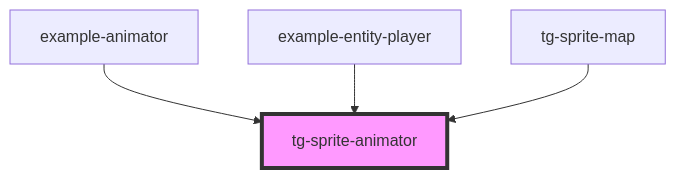
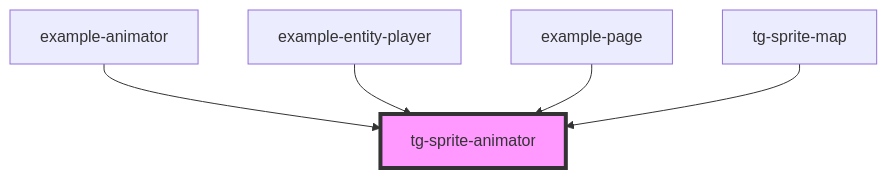
The diagram in src/components/engine/tg-sprite-animator/readme.md (Scan0815/tg-engine), drawn with Mermaid before and after one commit. The commit also changed other lines of this file and 12 other files, not shown here.

````diff
--- a/src/components/engine/tg-sprite-animator/readme.md
+++ b/src/components/engine/tg-sprite-animator/readme.md
@@ -46,7 +47,8 @@
 ```mermaid
 graph TD;
   example-animator --> tg-sprite-animator
   example-entity-player --> tg-sprite-animator
+  example-page --> tg-sprite-animator
   tg-sprite-map --> tg-sprite-animator
   style tg-sprite-animator fill:#f9f,stroke:#333,stroke-width:4px
 ```
````
